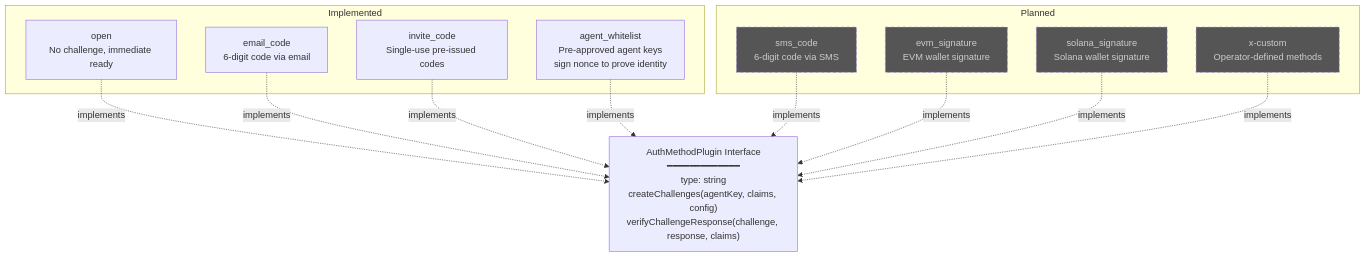
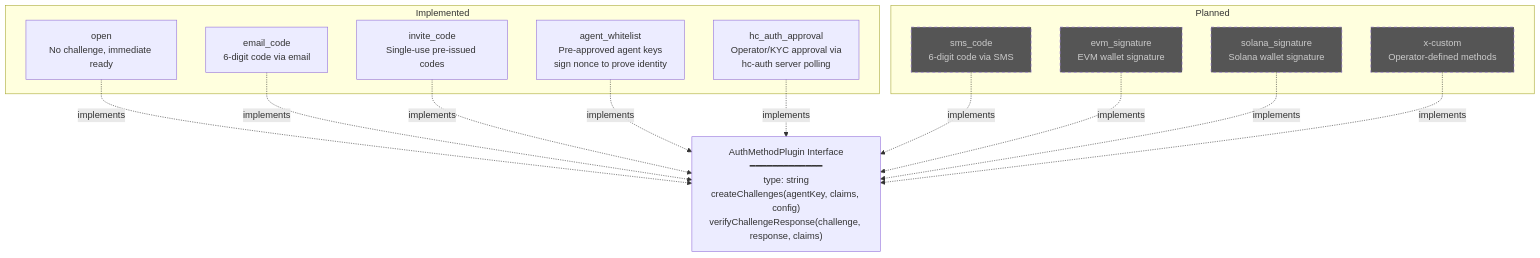
One commit to unytco/joining-service changed the eighth of 9 diagrams in ARCHITECTURE.md. Above: the diagram before and after it, drawn with Mermaid. The commit also changed other lines of this file, not shown here.

Commit message:
docs: add hc_auth_approval to architecture diagram and config spectrum

````diff
--- a/ARCHITECTURE.md
+++ b/ARCHITECTURE.md
@@ -404,32 +420,34 @@
 ```mermaid
 graph TB
     subgraph "Implemented"
         Open["open<br/>No challenge, immediate ready"]
         EmailCode["email_code<br/>6-digit code via email"]
         InviteCode["invite_code<br/>Single-use pre-issued codes"]
         AgentWL["agent_whitelist<br/>Pre-approved agent keys<br/>sign nonce to prove identity"]
+        HcApproval["hc_auth_approval<br/>Operator/KYC approval via<br/>hc-auth server polling"]
     end
 
     subgraph "Planned"
         SMS["sms_code<br/>6-digit code via SMS"]
         EVM["evm_signature<br/>EVM wallet signature"]
         Solana["solana_signature<br/>Solana wallet signature"]
         Custom["x-custom<br/>Operator-defined methods"]
     end
 
     Interface["AuthMethodPlugin Interface<br/>━━━━━━━━━━━━━<br/>type: string<br/>createChallenges(agentKey, claims, config)<br/>verifyChallengeResponse(challenge, response, claims)"]
 
     Open -.->|implements| Interface
     EmailCode -.->|implements| Interface
     InviteCode -.->|implements| Interface
     AgentWL -.->|implements| Interface
+    HcApproval -.->|implements| Interface
     SMS -.->|implements| Interface
     EVM -.->|implements| Interface
     Solana -.->|implements| Interface
     Custom -.->|implements| Interface
 
     style SMS fill:#555,color:#ccc,stroke-dasharray: 5 5
     style EVM fill:#555,color:#ccc,stroke-dasharray: 5 5
     style Solana fill:#555,color:#ccc,stroke-dasharray: 5 5
     style Custom fill:#555,color:#ccc,stroke-dasharray: 5 5
 ```
````
